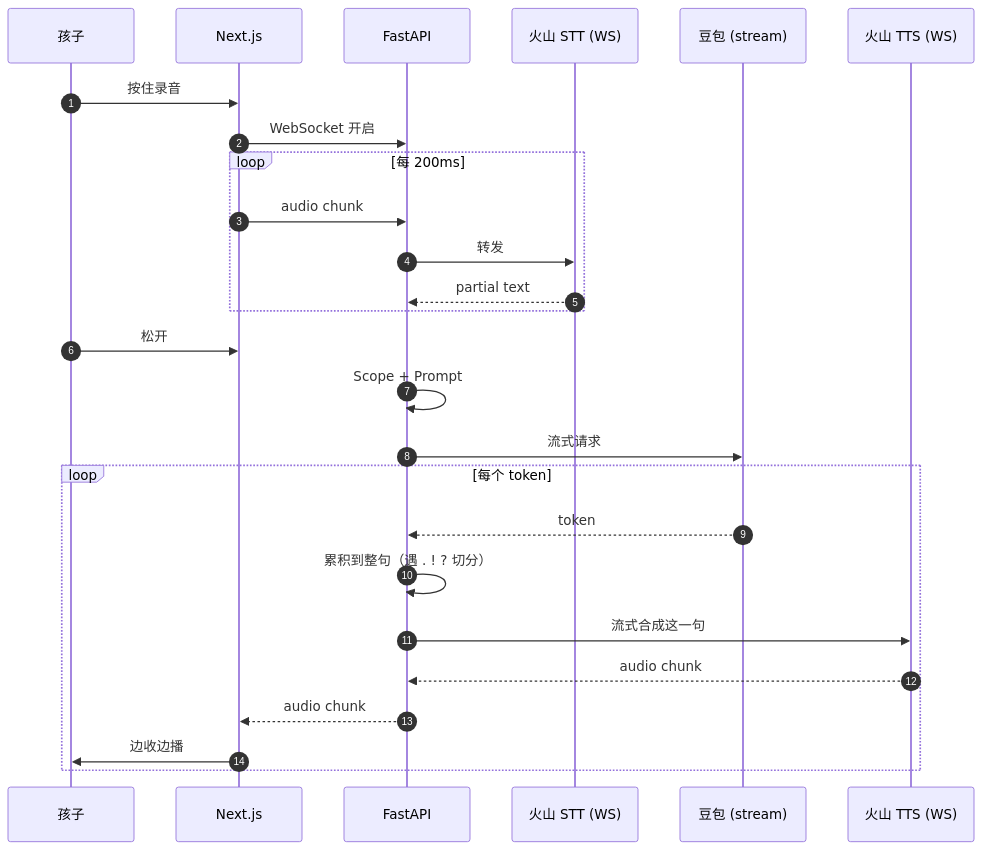
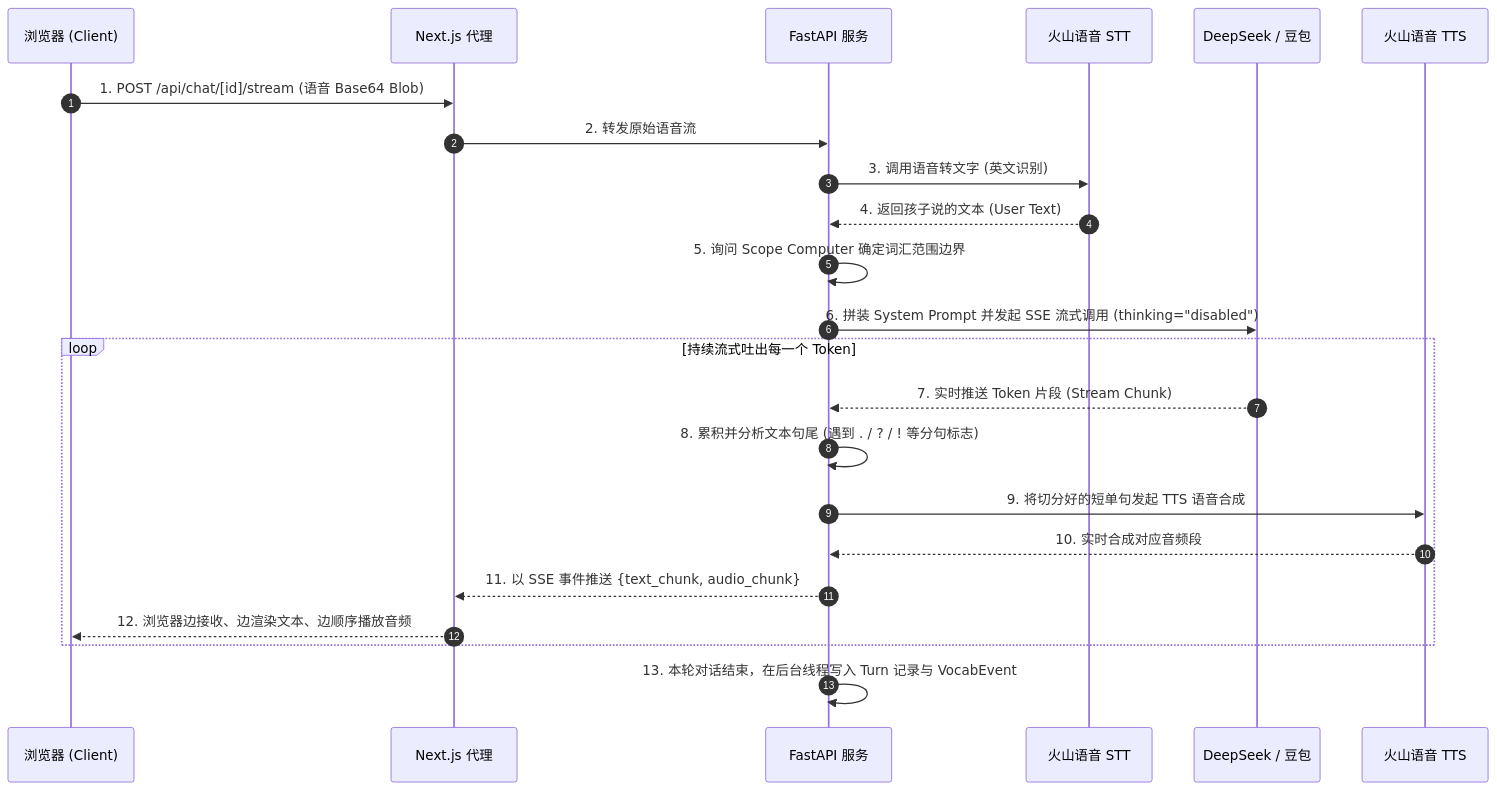
Before and after one commit to peixin/talking-text: the diagram in docs/architecture.md, drawn with Mermaid. The commit also changed other lines of this file and 29 other files, not shown here.

````diff
--- a/docs/architecture.md
+++ b/docs/architecture.md
@@ -321,29 +169,28 @@
 ```mermaid
 sequenceDiagram
     autonumber
-    participant C as 孩子
-    participant F as Next.js
-    participant B as FastAPI
-    participant STT as 火山 STT (WS)
-    participant LLM as 豆包 (stream)
-    participant TTS as 火山 TTS (WS)
+    participant Client as 浏览器 (Client)
+    participant NextProxy as Next.js 代理
+    participant Server as FastAPI 服务
+    participant STT as 火山语音 STT
+    participant LLM as DeepSeek / 豆包
+    participant TTS as 火山语音 TTS
 
-    C->>F: 按住录音
-    F->>B: WebSocket 开启
-    loop 每 200ms
-        F->>B: audio chunk
-        B->>STT: 转发
-        STT-->>B: partial text
+    Client->>NextProxy: 1. POST /api/chat/[id]/stream (语音 Base64 Blob)
+    NextProxy->>Server: 2. 转发原始语音流
+    Server->>STT: 3. 调用语音转文字 (英文识别)
+    STT-->>Server: 4. 返回孩子说的文本 (User Text)
+    Server->>Server: 5. 询问 Scope Computer 确定词汇范围边界
+    Server->>LLM: 6. 拼装 System Prompt 并发起 SSE 流式调用 (thinking="disabled")
+    
+    loop 持续流式吐出每一个 Token
+        LLM-->>Server: 7. 实时推送 Token 片段 (Stream Chunk)
+        Server->>Server: 8. 累积并分析文本句尾 (遇到 . / ? / ! 等分句标志)
+        Server->>TTS: 9. 将切分好的短单句发起 TTS 语音合成
+        TTS-->>Server: 10. 实时合成对应音频段
+        Server-->>NextProxy: 11. 以 SSE 事件推送 {text_chunk, audio_chunk}
+        NextProxy-->>Client: 12. 浏览器边接收、边渲染文本、边顺序播放音频
     end
-    C->>F: 松开
-    B->>B: Scope + Prompt
-    B->>LLM: 流式请求
-    loop 每个 token
-        LLM-->>B: token
-        B->>B: 累积到整句（遇 . ! ? 切分）
-        B->>TTS: 流式合成这一句
-        TTS-->>B: audio chunk
-        B-->>F: audio chunk
-        F->>C: 边收边播
-    end
+    
+    Server->>Server: 13. 本轮对话结束，在后台线程写入 Turn 记录与 VocabEvent
 ```
````
